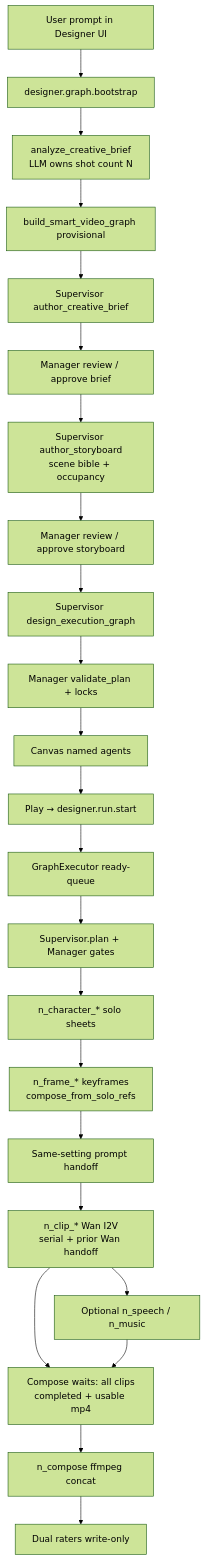
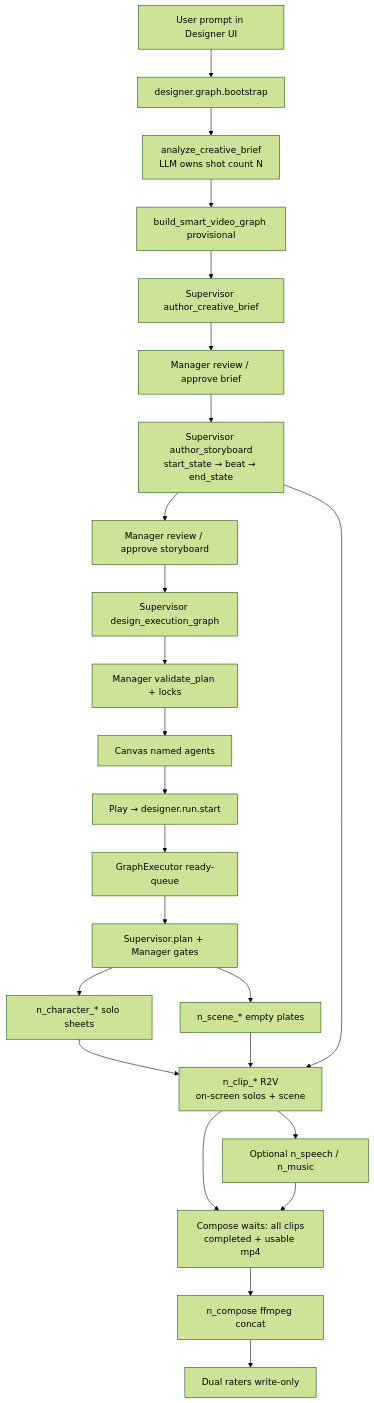
Before and after one commit to openJiuwen-ai/agent-gateway: the diagram in DETAIL.md, drawn with Mermaid (forest theme). The commit also changed other lines of this file and 73 other files, not shown here.

First line of the commit message:
design-no-keyframes-2.0: storyboard continuity + concurrent clips (no keyframes) (#11)

````diff
--- a/DETAIL.md
+++ b/DETAIL.md
@@ -16,25 +18,26 @@
 ```mermaid
 flowchart TD
   U["User prompt in Designer UI"] --> BOOT["designer.graph.bootstrap"]
   BOOT --> SA["analyze_creative_brief<br/>LLM owns shot count N"]
   SA --> G0["build_smart_video_graph provisional"]
   G0 --> BR["Supervisor author_creative_brief"]
   BR --> M1["Manager review / approve brief"]
-  M1 --> SB["Supervisor author_storyboard<br/>scene bible + occupancy"]
+  M1 --> SB["Supervisor author_storyboard<br/>start_state → beat → end_state"]
   SB --> M2["Manager review / approve storyboard"]
   M2 --> DG["Supervisor design_execution_graph"]
   DG --> MV["Manager validate_plan + locks"]
   MV --> UI["Canvas named agents"]
   UI --> PLAY["Play → designer.run.start"]
   PLAY --> SCH["GraphExecutor ready-queue"]
   SCH --> PL["Supervisor.plan + Manager gates"]
   PL --> SOLO["n_character_* solo sheets"]
-  SOLO --> KF["n_frame_* keyframes<br/>compose_from_solo_refs"]
-  KF --> HO["Same-setting prompt handoff"]
-  HO --> CLIP["n_clip_* Wan I2V<br/>serial + prior Wan handoff"]
+  PL --> SC["n_scene_* empty plates"]
+  SOLO --> CLIP["n_clip_* R2V<br/>on-screen solos + scene"]
+  SC --> CLIP
+  SB --> CLIP
   CLIP --> AUD["Optional n_speech / n_music"]
   CLIP --> WAIT["Compose waits: all clips<br/>completed + usable mp4"]
   AUD --> WAIT
   WAIT --> FILM["n_compose ffmpeg concat"]
   FILM --> RATE["Dual raters write-only"]
 ```
````
